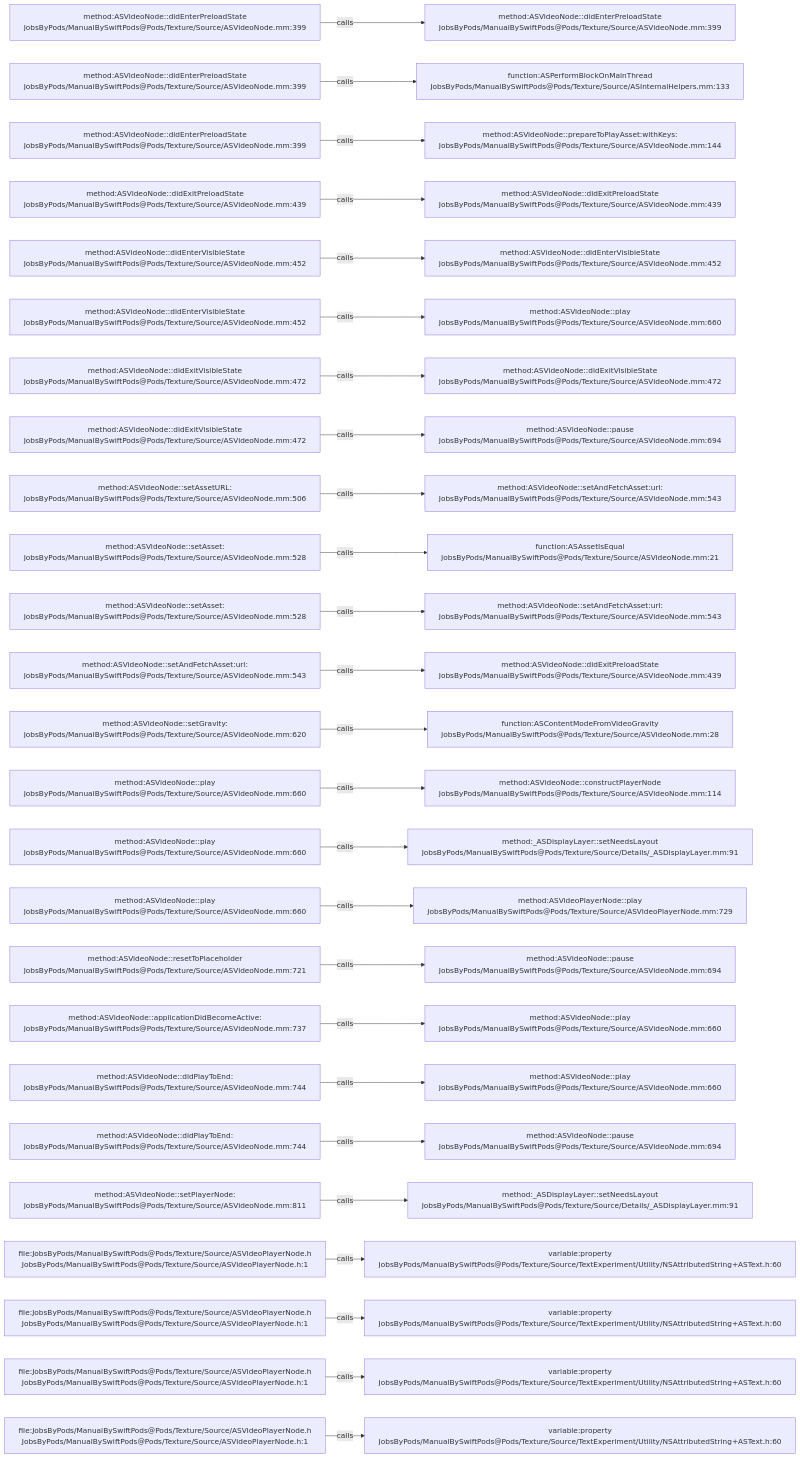
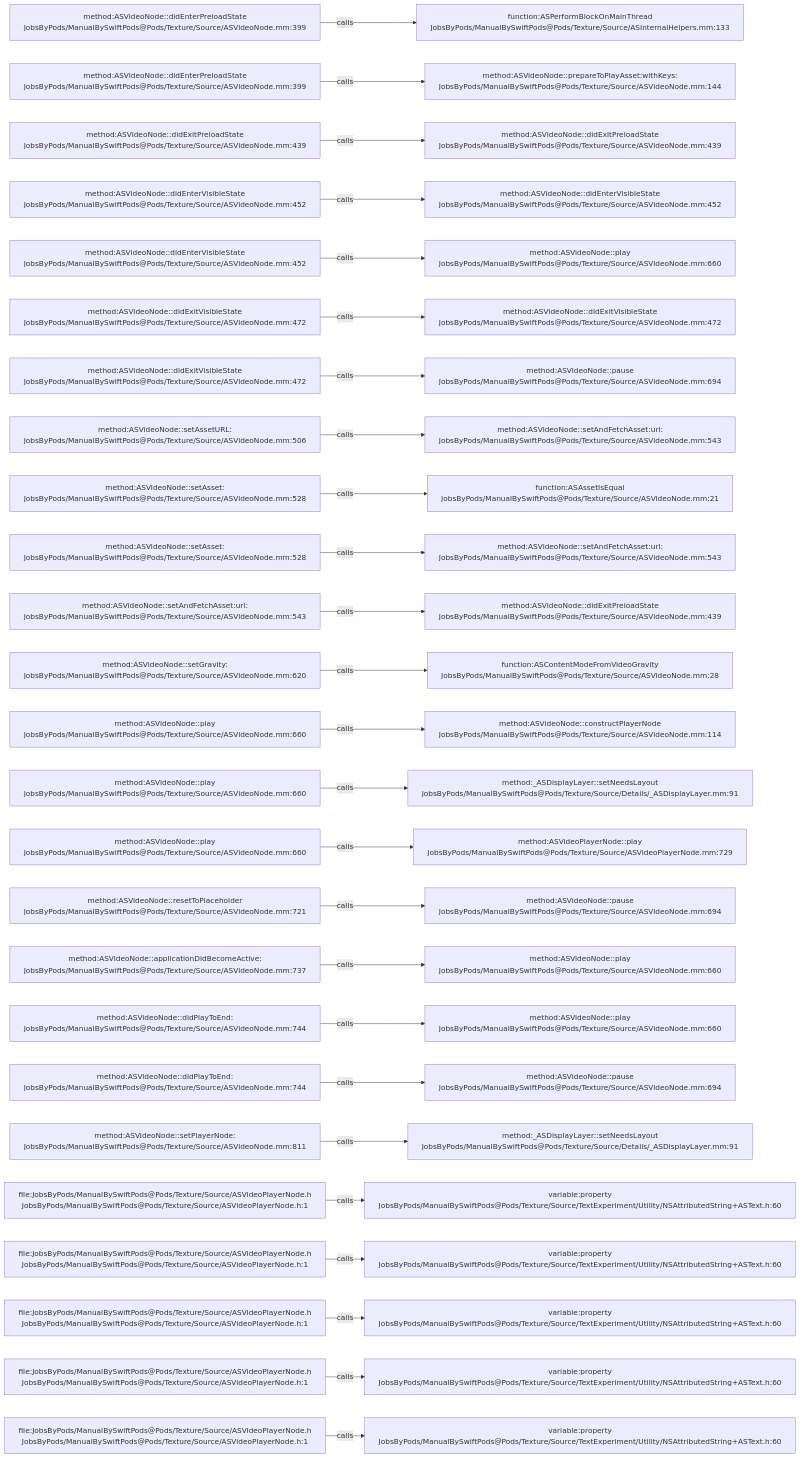
One commit to JobsKits/JobsSwiftBaseConfigDemo changed the diagram in .codegraph/codegraph.md/graphs/calls-075.md. Above: the diagram before and after it, drawn with Mermaid. The commit also changed 747 other files, not shown here.

````diff
--- a/.codegraph/codegraph.md/graphs/calls-075.md
+++ b/.codegraph/codegraph.md/graphs/calls-075.md
@@ -13,78 +13,78 @@
 ```mermaid
 flowchart LR
   S1["method:ASVideoNode::didEnterPreloadState<br/>JobsByPods/ManualBySwiftPods@Pods/Texture/Source/ASVideoNode.mm:399"]
-  T1["method:ASVideoNode::didEnterPreloadState<br/>JobsByPods/ManualBySwiftPods@Pods/Texture/Source/ASVideoNode.mm:399"]
+  T1["function:ASPerformBlockOnMainThread<br/>JobsByPods/ManualBySwiftPods@Pods/Texture/Source/ASInternalHelpers.mm:133"]
   S1 -->|calls| T1
   S2["method:ASVideoNode::didEnterPreloadState<br/>JobsByPods/ManualBySwiftPods@Pods/Texture/Source/ASVideoNode.mm:399"]
-  T2["function:ASPerformBlockOnMainThread<br/>JobsByPods/ManualBySwiftPods@Pods/Texture/Source/ASInternalHelpers.mm:133"]
+  T2["method:ASVideoNode::prepareToPlayAsset:withKeys:<br/>JobsByPods/ManualBySwiftPods@Pods/Texture/Source/ASVideoNode.mm:144"]
   S2 -->|calls| T2
-  S3["method:ASVideoNode::didEnterPreloadState<br/>JobsByPods/ManualBySwiftPods@Pods/Texture/Source/ASVideoNode.mm:399"]
-  T3["method:ASVideoNode::prepareToPlayAsset:withKeys:<br/>JobsByPods/ManualBySwiftPods@Pods/Texture/Source/ASVideoNode.mm:144"]
+  S3["method:ASVideoNode::didExitPreloadState<br/>JobsByPods/ManualBySwiftPods@Pods/Texture/Source/ASVideoNode.mm:439"]
+  T3["method:ASVideoNode::didExitPreloadState<br/>JobsByPods/ManualBySwiftPods@Pods/Texture/Source/ASVideoNode.mm:439"]
   S3 -->|calls| T3
-  S4["method:ASVideoNode::didExitPreloadState<br/>JobsByPods/ManualBySwiftPods@Pods/Texture/Source/ASVideoNode.mm:439"]
-  T4["method:ASVideoNode::didExitPreloadState<br/>JobsByPods/ManualBySwiftPods@Pods/Texture/Source/ASVideoNode.mm:439"]
+  S4["method:ASVideoNode::didEnterVisibleState<br/>JobsByPods/ManualBySwiftPods@Pods/Texture/Source/ASVideoNode.mm:452"]
+  T4["method:ASVideoNode::didEnterVisibleState<br/>JobsByPods/ManualBySwiftPods@Pods/Texture/Source/ASVideoNode.mm:452"]
   S4 -->|calls| T4
   S5["method:ASVideoNode::didEnterVisibleState<br/>JobsByPods/ManualBySwiftPods@Pods/Texture/Source/ASVideoNode.mm:452"]
-  T5["method:ASVideoNode::didEnterVisibleState<br/>JobsByPods/ManualBySwiftPods@Pods/Texture/Source/ASVideoNode.mm:452"]
+  T5["method:ASVideoNode::play<br/>JobsByPods/ManualBySwiftPods@Pods/Texture/Source/ASVideoNode.mm:660"]
   S5 -->|calls| T5
-  S6["method:ASVideoNode::didEnterVisibleState<br/>JobsByPods/ManualBySwiftPods@Pods/Texture/Source/ASVideoNode.mm:452"]
-  T6["method:ASVideoNode::play<br/>JobsByPods/ManualBySwiftPods@Pods/Texture/Source/ASVideoNode.mm:660"]
+  S6["method:ASVideoNode::didExitVisibleState<br/>JobsByPods/ManualBySwiftPods@Pods/Texture/Source/ASVideoNode.mm:472"]
+  T6["method:ASVideoNode::didExitVisibleState<br/>JobsByPods/ManualBySwiftPods@Pods/Texture/Source/ASVideoNode.mm:472"]
   S6 -->|calls| T6
   S7["method:ASVideoNode::didExitVisibleState<br/>JobsByPods/ManualBySwiftPods@Pods/Texture/Source/ASVideoNode.mm:472"]
-  T7["method:ASVideoNode::didExitVisibleState<br/>JobsByPods/ManualBySwiftPods@Pods/Texture/Source/ASVideoNode.mm:472"]
+  T7["method:ASVideoNode::pause<br/>JobsByPods/ManualBySwiftPods@Pods/Texture/Source/ASVideoNode.mm:694"]
   S7 -->|calls| T7
-  S8["method:ASVideoNode::didExitVisibleState<br/>JobsByPods/ManualBySwiftPods@Pods/Texture/Source/ASVideoNode.mm:472"]
-  T8["method:ASVideoNode::pause<br/>JobsByPods/ManualBySwiftPods@Pods/Texture/Source/ASVideoNode.mm:694"]
+  S8["method:ASVideoNode::setAssetURL:<br/>JobsByPods/ManualBySwiftPods@Pods/Texture/Source/ASVideoNode.mm:506"]
+  T8["method:ASVideoNode::setAndFetchAsset:url:<br/>JobsByPods/ManualBySwiftPods@Pods/Texture/Source/ASVideoNode.mm:543"]
   S8 -->|calls| T8
-  S9["method:ASVideoNode::setAssetURL:<br/>JobsByPods/ManualBySwiftPods@Pods/Texture/Source/ASVideoNode.mm:506"]
-  T9["method:ASVideoNode::setAndFetchAsset:url:<br/>JobsByPods/ManualBySwiftPods@Pods/Texture/Source/ASVideoNode.mm:543"]
+  S9["method:ASVideoNode::setAsset:<br/>JobsByPods/ManualBySwiftPods@Pods/Texture/Source/ASVideoNode.mm:528"]
+  T9["function:ASAssetIsEqual<br/>JobsByPods/ManualBySwiftPods@Pods/Texture/Source/ASVideoNode.mm:21"]
   S9 -->|calls| T9
   S10["method:ASVideoNode::setAsset:<br/>JobsByPods/ManualBySwiftPods@Pods/Texture/Source/ASVideoNode.mm:528"]
-  T10["function:ASAssetIsEqual<br/>JobsByPods/ManualBySwiftPods@Pods/Texture/Source/ASVideoNode.mm:21"]
+  T10["method:ASVideoNode::setAndFetchAsset:url:<br/>JobsByPods/ManualBySwiftPods@Pods/Texture/Source/ASVideoNode.mm:543"]
   S10 -->|calls| T10
-  S11["method:ASVideoNode::setAsset:<br/>JobsByPods/ManualBySwiftPods@Pods/Texture/Source/ASVideoNode.mm:528"]
-  T11["method:ASVideoNode::setAndFetchAsset:url:<br/>JobsByPods/ManualBySwiftPods@Pods/Texture/Source/ASVideoNode.mm:543"]
+  S11["method:ASVideoNode::setAndFetchAsset:url:<br/>JobsByPods/ManualBySwiftPods@Pods/Texture/Source/ASVideoNode.mm:543"]
+  T11["method:ASVideoNode::didExitPreloadState<br/>JobsByPods/ManualBySwiftPods@Pods/Texture/Source/ASVideoNode.mm:439"]
   S11 -->|calls| T11
-  S12["method:ASVideoNode::setAndFetchAsset:url:<br/>JobsByPods/ManualBySwiftPods@Pods/Texture/Source/ASVideoNode.mm:543"]
-  T12["method:ASVideoNode::didExitPreloadState<br/>JobsByPods/ManualBySwiftPods@Pods/Texture/Source/ASVideoNode.mm:439"]
+  S12["method:ASVideoNode::setGravity:<br/>JobsByPods/ManualBySwiftPods@Pods/Texture/Source/ASVideoNode.mm:620"]
+  T12["function:ASContentModeFromVideoGravity<br/>JobsByPods/ManualBySwiftPods@Pods/Texture/Source/ASVideoNode.mm:28"]
   S12 -->|calls| T12
-  S13["method:ASVideoNode::setGravity:<br/>JobsByPods/ManualBySwiftPods@Pods/Texture/Source/ASVideoNode.mm:620"]
-  T13["function:ASContentModeFromVideoGravity<br/>JobsByPods/ManualBySwiftPods@Pods/Texture/Source/ASVideoNode.mm:28"]
+  S13["method:ASVideoNode::play<br/>JobsByPods/ManualBySwiftPods@Pods/Texture/Source/ASVideoNode.mm:660"]
+  T13["method:ASVideoNode::constructPlayerNode<br/>JobsByPods/ManualBySwiftPods@Pods/Texture/Source/ASVideoNode.mm:114"]
   S13 -->|calls| T13
   S14["method:ASVideoNode::play<br/>JobsByPods/ManualBySwiftPods@Pods/Texture/Source/ASVideoNode.mm:660"]
-  T14["method:ASVideoNode::constructPlayerNode<br/>JobsByPods/ManualBySwiftPods@Pods/Texture/Source/ASVideoNode.mm:114"]
+  T14["method:_ASDisplayLayer::setNeedsLayout<br/>JobsByPods/ManualBySwiftPods@Pods/Texture/Source/Details/_ASDisplayLayer.mm:91"]
   S14 -->|calls| T14
   S15["method:ASVideoNode::play<br/>JobsByPods/ManualBySwiftPods@Pods/Texture/Source/ASVideoNode.mm:660"]
-  T15["method:_ASDisplayLayer::setNeedsLayout<br/>JobsByPods/ManualBySwiftPods@Pods/Texture/Source/Details/_ASDisplayLayer.mm:91"]
+  T15["method:ASVideoPlayerNode::play<br/>JobsByPods/ManualBySwiftPods@Pods/Texture/Source/ASVideoPlayerNode.mm:729"]
   S15 -->|calls| T15
-  S16["method:ASVideoNode::play<br/>JobsByPods/ManualBySwiftPods@Pods/Texture/Source/ASVideoNode.mm:660"]
-  T16["method:ASVideoPlayerNode::play<br/>JobsByPods/ManualBySwiftPods@Pods/Texture/Source/ASVideoPlayerNode.mm:729"]
+  S16["method:ASVideoNode::resetToPlaceholder<br/>JobsByPods/ManualBySwiftPods@Pods/Texture/Source/ASVideoNode.mm:721"]
+  T16["method:ASVideoNode::pause<br/>JobsByPods/ManualBySwiftPods@Pods/Texture/Source/ASVideoNode.mm:694"]
   S16 -->|calls| T16
-  S17["method:ASVideoNode::resetToPlaceholder<br/>JobsByPods/ManualBySwiftPods@Pods/Texture/Source/ASVideoNode.mm:721"]
-  T17["method:ASVideoNode::pause<br/>JobsByPods/ManualBySwiftPods@Pods/Texture/Source/ASVideoNode.mm:694"]
+  S17["method:ASVideoNode::applicationDidBecomeActive:<br/>JobsByPods/ManualBySwiftPods@Pods/Texture/Source/ASVideoNode.mm:737"]
+  T17["method:ASVideoNode::play<br/>JobsByPods/ManualBySwiftPods@Pods/Texture/Source/ASVideoNode.mm:660"]
   S17 -->|calls| T17
-  S18["method:ASVideoNode::applicationDidBecomeActive:<br/>JobsByPods/ManualBySwiftPods@Pods/Texture/Source/ASVideoNode.mm:737"]
+  S18["method:ASVideoNode::didPlayToEnd:<br/>JobsByPods/ManualBySwiftPods@Pods/Texture/Source/ASVideoNode.mm:744"]
   T18["method:ASVideoNode::play<br/>JobsByPods/ManualBySwiftPods@Pods/Texture/Source/ASVideoNode.mm:660"]
   S18 -->|calls| T18
   S19["method:ASVideoNode::didPlayToEnd:<br/>JobsByPods/ManualBySwiftPods@Pods/Texture/Source/ASVideoNode.mm:744"]
-  T19["method:ASVideoNode::play<br/>JobsByPods/ManualBySwiftPods@Pods/Texture/Source/ASVideoNode.mm:660"]
+  T19["method:ASVideoNode::pause<br/>JobsByPods/ManualBySwiftPods@Pods/Texture/Source/ASVideoNode.mm:694"]
   S19 -->|calls| T19
-  S20["method:ASVideoNode::didPlayToEnd:<br/>JobsByPods/ManualBySwiftPods@Pods/Texture/Source/ASVideoNode.mm:744"]
-  T20["method:ASVideoNode::pause<br/>JobsByPods/ManualBySwiftPods@Pods/Texture/Source/ASVideoNode.mm:694"]
+  S20["method:ASVideoNode::setPlayerNode:<br/>JobsByPods/ManualBySwiftPods@Pods/Texture/Source/ASVideoNode.mm:811"]
+  T20["method:_ASDisplayLayer::setNeedsLayout<br/>JobsByPods/ManualBySwiftPods@Pods/Texture/Source/Details/_ASDisplayLayer.mm:91"]
   S20 -->|calls| T20
-  S21["method:ASVideoNode::setPlayerNode:<br/>JobsByPods/ManualBySwiftPods@Pods/Texture/Source/ASVideoNode.mm:811"]
-  T21["method:_ASDisplayLayer::setNeedsLayout<br/>JobsByPods/ManualBySwiftPods@Pods/Texture/Source/Details/_ASDisplayLayer.mm:91"]
+  S21["file:JobsByPods/ManualBySwiftPods@Pods/Texture/Source/ASVideoPlayerNode.h<br/>JobsByPods/ManualBySwiftPods@Pods/Texture/Source/ASVideoPlayerNode.h:1"]
+  T21["variable:property<br/>JobsByPods/ManualBySwiftPods@Pods/Texture/Source/TextExperiment/Utility/NSAttributedString+ASText.h:60"]
   S21 -->|calls| T21
   S22["file:JobsByPods/ManualBySwiftPods@Pods/Texture/Source/ASVideoPlayerNode.h<br/>JobsByPods/ManualBySwiftPods@Pods/Texture/Source/ASVideoPlayerNode.h:1"]
   T22["variable:property<br/>JobsByPods/ManualBySwiftPods@Pods/Texture/Source/TextExperiment/Utility/NSAttributedString+ASText.h:60"]
   S22 -->|calls| T22
   S23["file:JobsByPods/ManualBySwiftPods@Pods/Texture/Source/ASVideoPlayerNode.h<br/>JobsByPods/ManualBySwiftPods@Pods/Texture/Source/ASVideoPlayerNode.h:1"]
   T23["variable:property<br/>JobsByPods/ManualBySwiftPods@Pods/Texture/Source/TextExperiment/Utility/NSAttributedString+ASText.h:60"]
   S23 -->|calls| T23
   S24["file:JobsByPods/ManualBySwiftPods@Pods/Texture/Source/ASVideoPlayerNode.h<br/>JobsByPods/ManualBySwiftPods@Pods/Texture/Source/ASVideoPlayerNode.h:1"]
   T24["variable:property<br/>JobsByPods/ManualBySwiftPods@Pods/Texture/Source/TextExperiment/Utility/NSAttributedString+ASText.h:60"]
   S24 -->|calls| T24
   S25["file:JobsByPods/ManualBySwiftPods@Pods/Texture/Source/ASVideoPlayerNode.h<br/>JobsByPods/ManualBySwiftPods@Pods/Texture/Source/ASVideoPlayerNode.h:1"]
   T25["variable:property<br/>JobsByPods/ManualBySwiftPods@Pods/Texture/Source/TextExperiment/Utility/NSAttributedString+ASText.h:60"]
   S25 -->|calls| T25
 ```
````
